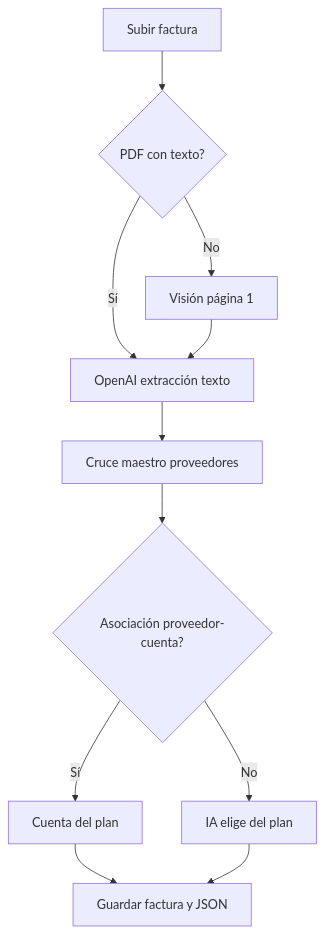
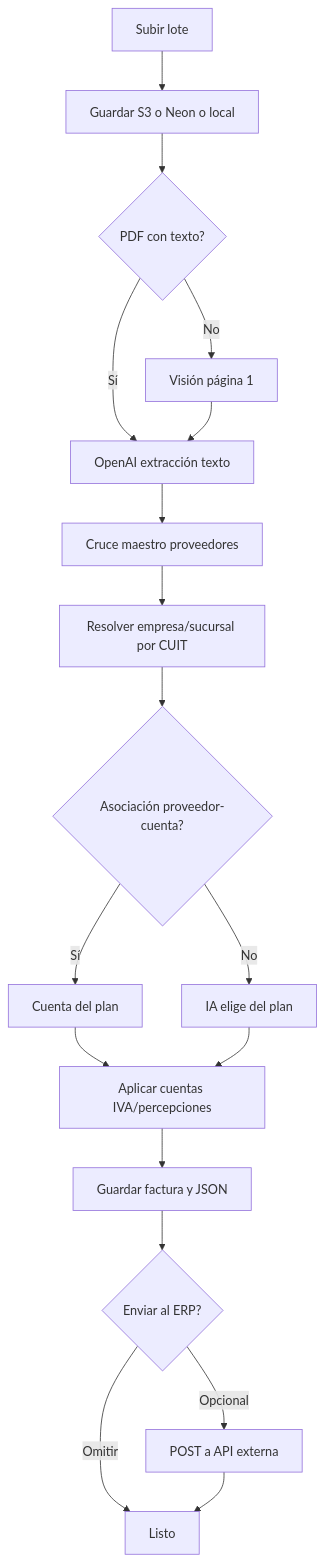
Before and after one commit to Juamp1Sch/Facturear: the fourth of 4 diagrams in README.md, drawn with Mermaid. The commit also changed other lines of this file, not shown here.

````diff
--- a/README.md
+++ b/README.md
@@ -261,13 +512,20 @@
 ```mermaid
 flowchart TD
-  upload[Subir factura] --> ocr{PDF con texto?}
+  upload[Subir lote] --> store[Guardar S3 o Neon o local]
+  store --> ocr{PDF con texto?}
   ocr -->|Sí| textAI[OpenAI extracción texto]
   ocr -->|No| vision[Visión página 1]
   vision --> textAI
   textAI --> supplier[Cruce maestro proveedores]
-  supplier --> account{Asociación proveedor-cuenta?}
+  supplier --> cuit[Resolver empresa/sucursal por CUIT]
+  cuit --> account{Asociación proveedor-cuenta?}
   account -->|Sí| chartLink[Cuenta del plan]
   account -->|No| chartAI[IA elige del plan]
-  chartLink --> save[Guardar factura y JSON]
-  chartAI --> save
+  chartLink --> tax[Aplicar cuentas IVA/percepciones]
+  chartAI --> tax
+  tax --> save[Guardar factura y JSON]
+  save --> erp{Enviar al ERP?}
+  erp -->|Opcional| apiPost[POST a API externa]
+  erp -->|Omitir| done[Listo]
+  apiPost --> done
 ```
````
